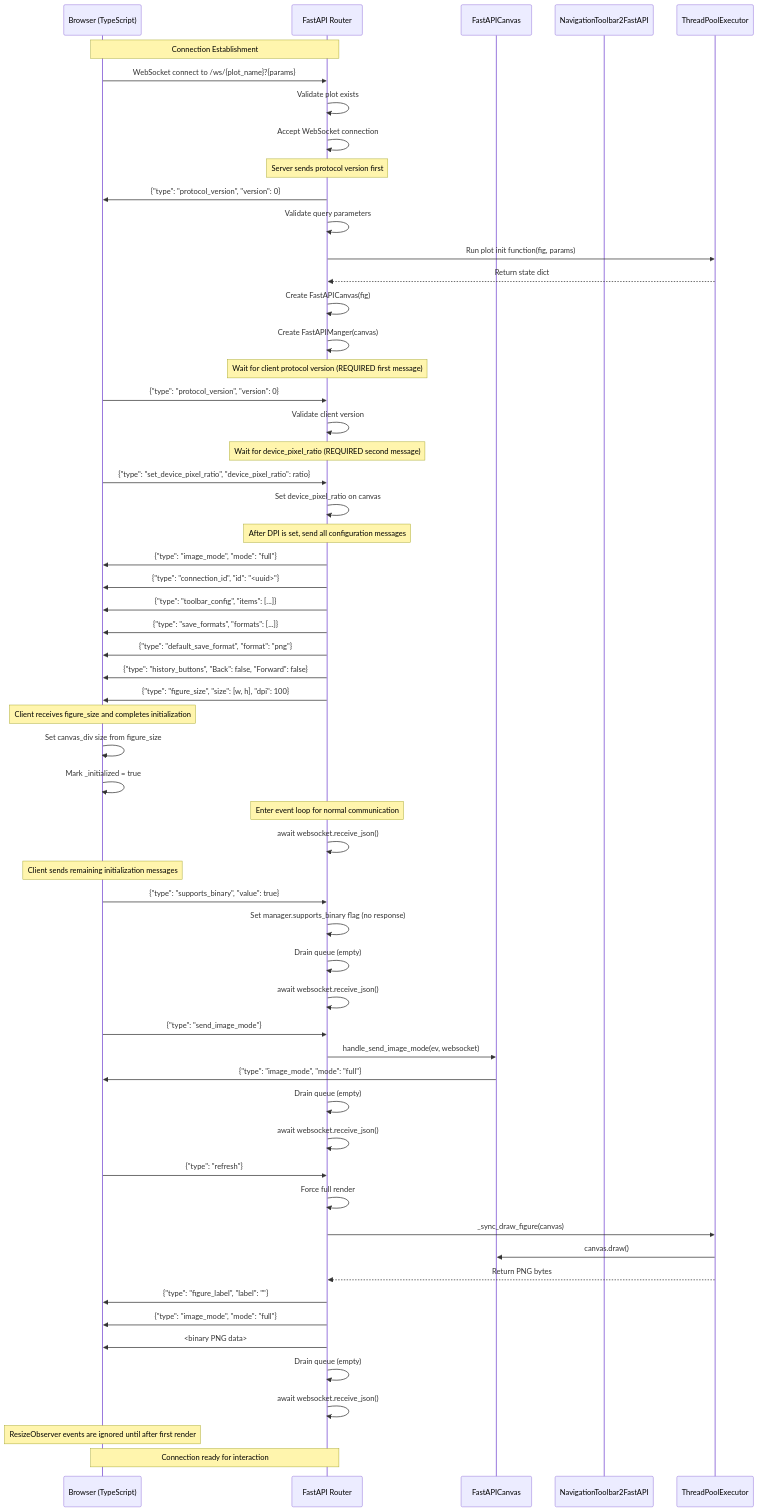
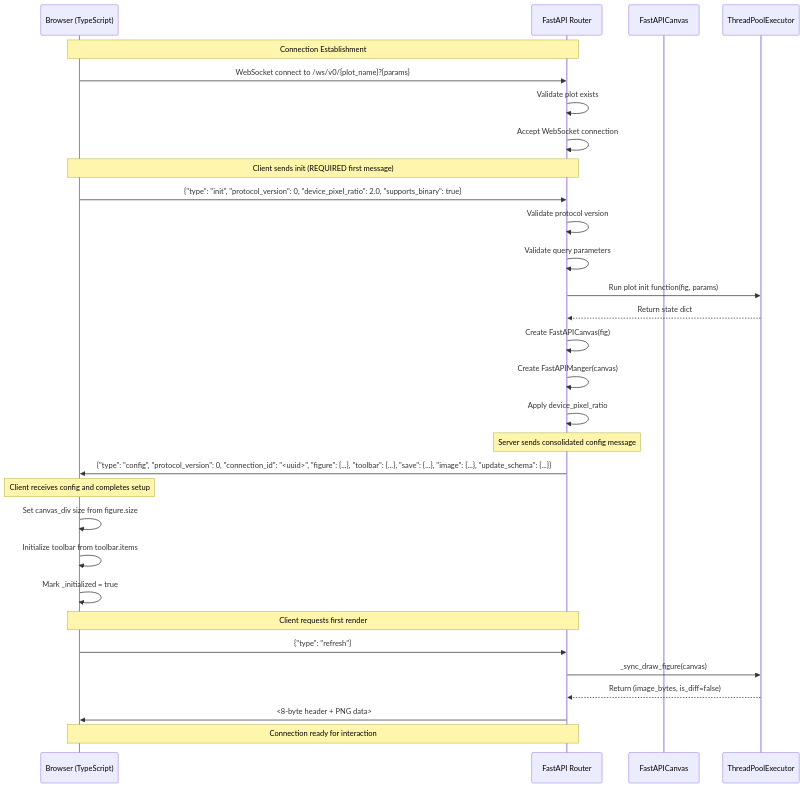
One commit to tacaswell/matplotlib-fastapi changed the first of 3 diagrams in docs/websocket-protocol.md. Above: the diagram before and after it, drawn with Mermaid. The commit also changed other lines of this file and 7 other files, not shown here.

First line of the commit message:
API: simplify websocket protocol

````diff
--- a/docs/websocket-protocol.md
+++ b/docs/websocket-protocol.md
@@ -18,71 +37,38 @@
 ```mermaid
 sequenceDiagram
     participant Client as Browser (TypeScript)
     participant Router as FastAPI Router
     participant Backend as FastAPICanvas
-    participant Toolbar as NavigationToolbar2FastAPI
     participant Executor as ThreadPoolExecutor
 
     Note over Client,Router: Connection Establishment
-    Client->>Router: WebSocket connect to /ws/{plot_name}?{params}
+    Client->>Router: WebSocket connect to /ws/v0/{plot_name}?{params}
     Router->>Router: Validate plot exists
     Router->>Router: Accept WebSocket connection
     
-    Note over Router: Server sends protocol version first
-    Router->>Client: {"type": "protocol_version", "version": 0}
+    Note over Client,Router: Client sends init (REQUIRED first message)
+    Client->>Router: {"type": "init", "protocol_version": 0, "device_pixel_ratio": 2.0, "supports_binary": true}
+    Router->>Router: Validate protocol version
     Router->>Router: Validate query parameters
     Router->>Executor: Run plot init function(fig, params)
     Executor-->>Router: Return state dict
     Router->>Router: Create FastAPICanvas(fig)
     Router->>Router: Create FastAPIManger(canvas)
+    Router->>Router: Apply device_pixel_ratio
     
-    Note over Router: Wait for client protocol version (REQUIRED first message)
-    Client->>Router: {"type": "protocol_version", "version": 0}
-    Router->>Router: Validate client version
+    Note over Router: Server sends consolidated config message
+    Router->>Client: {"type": "config", "protocol_version": 0, "connection_id": "<uuid>", "figure": {...}, "toolbar": {...}, "save": {...}, "image": {...}, "update_schema": {...}}
     
-    Note over Router: Wait for device_pixel_ratio (REQUIRED second message)
-    Client->>Router: {"type": "set_device_pixel_ratio", "device_pixel_ratio": ratio}
-    Router->>Router: Set device_pixel_ratio on canvas
-    
-    Note over Router: After DPI is set, send all configuration messages
-    Router->>Client: {"type": "image_mode", "mode": "full"}
-    Router->>Client: {"type": "connection_id", "id": "<uuid>"}
-    Router->>Client: {"type": "toolbar_config", "items": [...]}
-    Router->>Client: {"type": "save_formats", "formats": [...]}
-    Router->>Client: {"type": "default_save_format", "format": "png"}
-    Router->>Client: {"type": "history_buttons", "Back": false, "Forward": false}
-    Router->>Client: {"type": "figure_size", "size": [w, h], "dpi": 100}
-    
-    Note over Client: Client receives figure_size and completes initialization
-    Client->>Client: Set canvas_div size from figure_size
+    Note over Client: Client receives config and completes setup
+    Client->>Client: Set canvas_div size from figure.size
+    Client->>Client: Initialize toolbar from toolbar.items
     Client->>Client: Mark _initialized = true
     
-    Note over Router: Enter event loop for normal communication
-    Router->>Router: await websocket.receive_json()
+    Note over Client,Router: Client requests first render
+    Client->>Router: {"type": "refresh"}
+    Router->>Executor: _sync_draw_figure(canvas)
+    Executor-->>Router: Return (image_bytes, is_diff=false)
+    Router->>Client: <8-byte header + PNG data>
     
-    Note over Client: Client sends remaining initialization messages
-    Client->>Router: {"type": "supports_binary", "value": true}
-    Router->>Router: Set manager.supports_binary flag (no response)
-    Router->>Router: Drain queue (empty)
-    Router->>Router: await websocket.receive_json()
-    
-    Client->>Router: {"type": "send_image_mode"}
-    Router->>Backend: handle_send_image_mode(ev, websocket)
-    Backend->>Client: {"type": "image_mode", "mode": "full"}
-    Router->>Router: Drain queue (empty)
-    Router->>Router: await websocket.receive_json()
-    
-    Client->>Router: {"type": "refresh"}
-    Router->>Router: Force full render
-    Router->>Executor: _sync_draw_figure(canvas)
-    Executor->>Backend: canvas.draw()
-    Executor-->>Router: Return PNG bytes
-    Router->>Client: {"type": "figure_label", "label": ""}
-    Router->>Client: {"type": "image_mode", "mode": "full"}
-    Router->>Client: <binary PNG data>
-    Router->>Router: Drain queue (empty)
-    Router->>Router: await websocket.receive_json()
-    
-    Note over Client: ResizeObserver events are ignored until after first render
     Note over Client,Router: Connection ready for interaction
 ```
````
